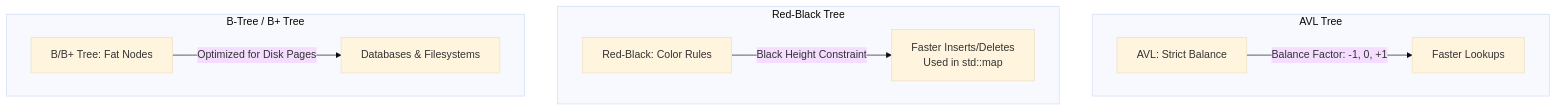
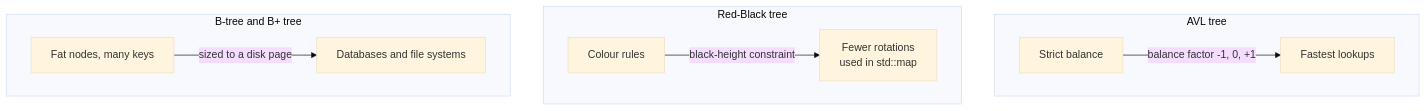
One commit to shimulshoishob/DataStructure_and_Algorithm changed the third of 4 diagrams in README.md. Above: the diagram before and after it, drawn with Mermaid (base theme). The commit also changed other lines of this file, not shown here.

````diff
--- a/README.md
+++ b/README.md
@@ -1098,12 +1265,12 @@
 ```mermaid
 graph TD
-    subgraph AVL Tree
-        A1[AVL: Strict Balance] -->|Balance Factor: -1, 0, +1| A2[Faster Lookups]
+    subgraph AVL["AVL tree"]
+        A1["Strict balance"] -->|"balance factor -1, 0, +1"| A2["Fastest lookups"]
     end
-    subgraph Red-Black Tree
-        R1[Red-Black: Color Rules] -->|Black Height Constraint| R2[Faster Inserts/Deletes<br>Used in std::map]
+    subgraph RB["Red-Black tree"]
+        R1["Colour rules"] -->|"black-height constraint"| R2["Fewer rotations<br/>used in std::map"]
     end
-    subgraph B-Tree / B+ Tree
-        B1[B/B+ Tree: Fat Nodes] -->|Optimized for Disk Pages| B2[Databases & Filesystems]
+    subgraph BT["B-tree and B+ tree"]
+        B1["Fat nodes, many keys"] -->|"sized to a disk page"| B2["Databases and file systems"]
     end
 ```
````
